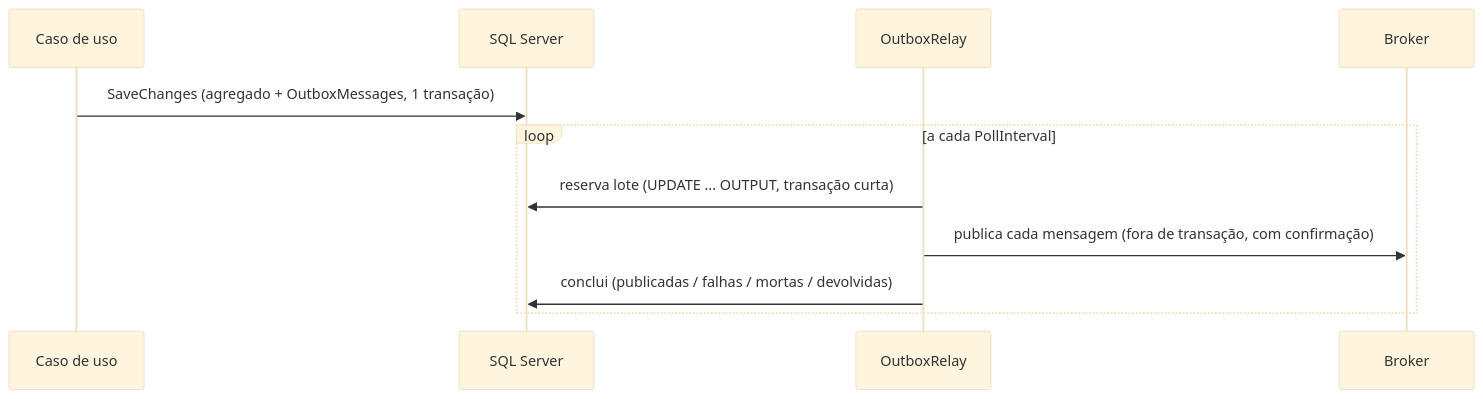
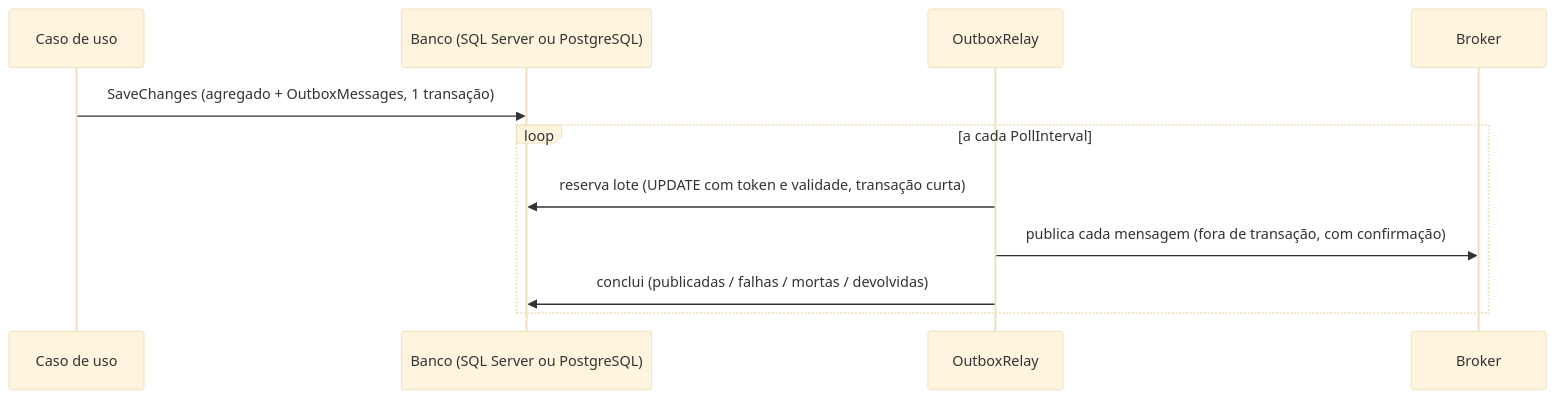
One commit to tudoemcodigo/lib-tec-messaging changed the diagram in docs/outbox.md. Above: the diagram before and after it, drawn with Mermaid (base theme). The commit also changed other lines of this file and 47 other files, not shown here.

````diff
--- a/docs/outbox.md
+++ b/docs/outbox.md
@@ -20,13 +20,13 @@
 ```mermaid
 sequenceDiagram
     participant UC as Caso de uso
-    participant DB as SQL Server
+    participant DB as Banco (SQL Server ou PostgreSQL)
     participant R as OutboxRelay
     participant B as Broker
     UC->>DB: SaveChanges (agregado + OutboxMessages, 1 transação)
     loop a cada PollInterval
-        R->>DB: reserva lote (UPDATE ... OUTPUT, transação curta)
+        R->>DB: reserva lote (UPDATE com token e validade, transação curta)
         R->>B: publica cada mensagem (fora de transação, com confirmação)
         R->>DB: conclui (publicadas / falhas / mortas / devolvidas)
     end
 ```
````
